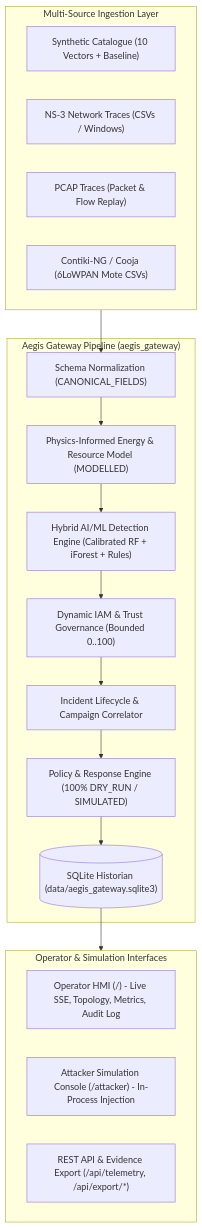
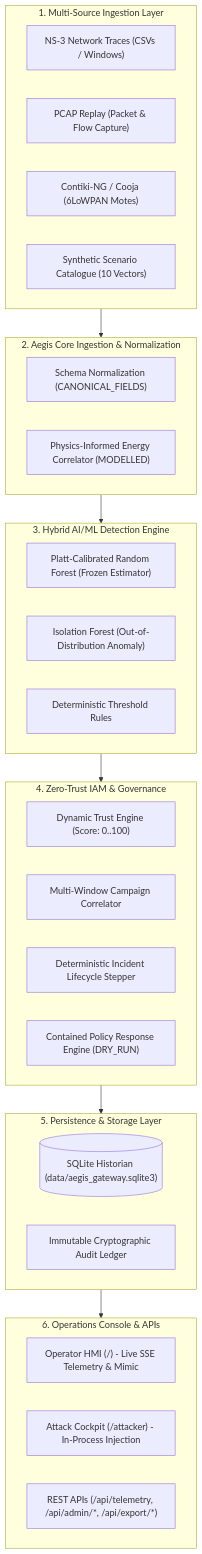
The first of 2 diagrams in README.md (Nikhil162004/AI-Based-Cyber-Security-Gateway-AICG), drawn with Mermaid before and after one commit. The commit also changed other lines of this file and 1 other file, not shown here.

Commit message:
docs: publish comprehensive technical architecture and deployment documentation

````diff
--- a/README.md
+++ b/README.md
@@ -15,34 +82,44 @@
 ```mermaid
 flowchart TD
-    subgraph MultiSource["Multi-Source Ingestion Layer"]
-        A1["Synthetic Catalogue (10 Vectors + Baseline)"]
-        A2["NS-3 Network Traces (CSVs / Windows)"]
-        A3["PCAP Traces (Packet & Flow Replay)"]
-        A4["Contiki-NG / Cooja (6LoWPAN Mote CSVs)"]
+    subgraph Ingestion["1. Multi-Source Ingestion Layer"]
+        A1["NS-3 Network Traces (CSVs / Windows)"]
+        A2["PCAP Replay (Packet & Flow Capture)"]
+        A3["Contiki-NG / Cooja (6LoWPAN Motes)"]
+        A4["Synthetic Scenario Catalogue (10 Vectors)"]
     end
 
-    subgraph GatewayCore["Aegis Gateway Pipeline (aegis_gateway)"]
+    subgraph Pipeline["2. Aegis Core Ingestion & Normalization"]
         B["Schema Normalization (CANONICAL_FIELDS)"]
-        C["Physics-Informed Energy & Resource Model (MODELLED)"]
-        D["Hybrid AI/ML Detection Engine (Calibrated RF + iForest + Rules)"]
-        E["Dynamic IAM & Trust Governance (Bounded 0..100)"]
-        F["Incident Lifecycle & Campaign Correlator"]
-        G["Policy & Response Engine (100% DRY_RUN / SIMULATED)"]
-        H[("SQLite Historian (data/aegis_gateway.sqlite3)")]
+        C["Physics-Informed Energy Correlator (MODELLED)"]
     end
 
-    subgraph Presentation["Operator & Simulation Interfaces"]
-        I["Operator HMI (/) - Live SSE, Topology, Metrics, Audit Log"]
-        J["Attacker Simulation Console (/attacker) - In-Process Injection"]
-        K["REST API & Evidence Export (/api/telemetry, /api/export/*)"]
+    subgraph Detection["3. Hybrid AI/ML Detection Engine"]
+        D1["Platt-Calibrated Random Forest (Frozen Estimator)"]
+        D2["Isolation Forest (Out-of-Distribution Anomaly)"]
+        D3["Deterministic Threshold Rules"]
     end
 
-    MultiSource --> B
-    B --> C
-    C --> D
-    D --> E
-    E --> F
-    F --> G
-    G --> H
-    H --> Presentation
+    subgraph Governance["4. Zero-Trust IAM & Governance"]
+        E1["Dynamic Trust Engine (Score: 0..100)"]
+        E2["Multi-Window Campaign Correlator"]
+        E3["Deterministic Incident Lifecycle Stepper"]
+        E4["Contained Policy Response Engine (DRY_RUN)"]
+    end
+
+    subgraph Storage["5. Persistence & Storage Layer"]
+        F1[("SQLite Historian (data/aegis_gateway.sqlite3)")]
+        F2["Immutable Cryptographic Audit Ledger"]
+    end
+
+    subgraph Presentation["6. Operations Console & APIs"]
+        G1["Operator HMI (/) - Live SSE Telemetry & Mimic"]
+        G2["Attack Cockpit (/attacker) - In-Process Injection"]
+        G3["REST APIs (/api/telemetry, /api/admin/*, /api/export/*)"]
+    end
+
+    Ingestion --> Pipeline
+    Pipeline --> Detection
+    Detection --> Governance
+    Governance --> Storage
+    Storage --> Presentation
 ```
````
